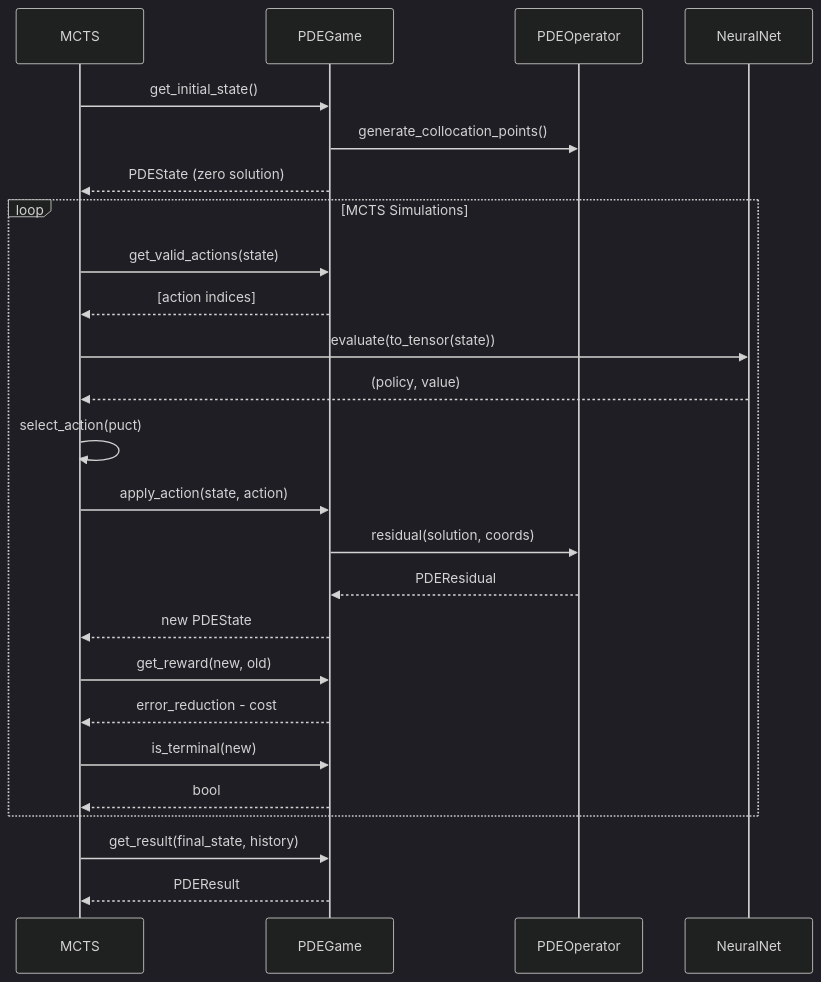
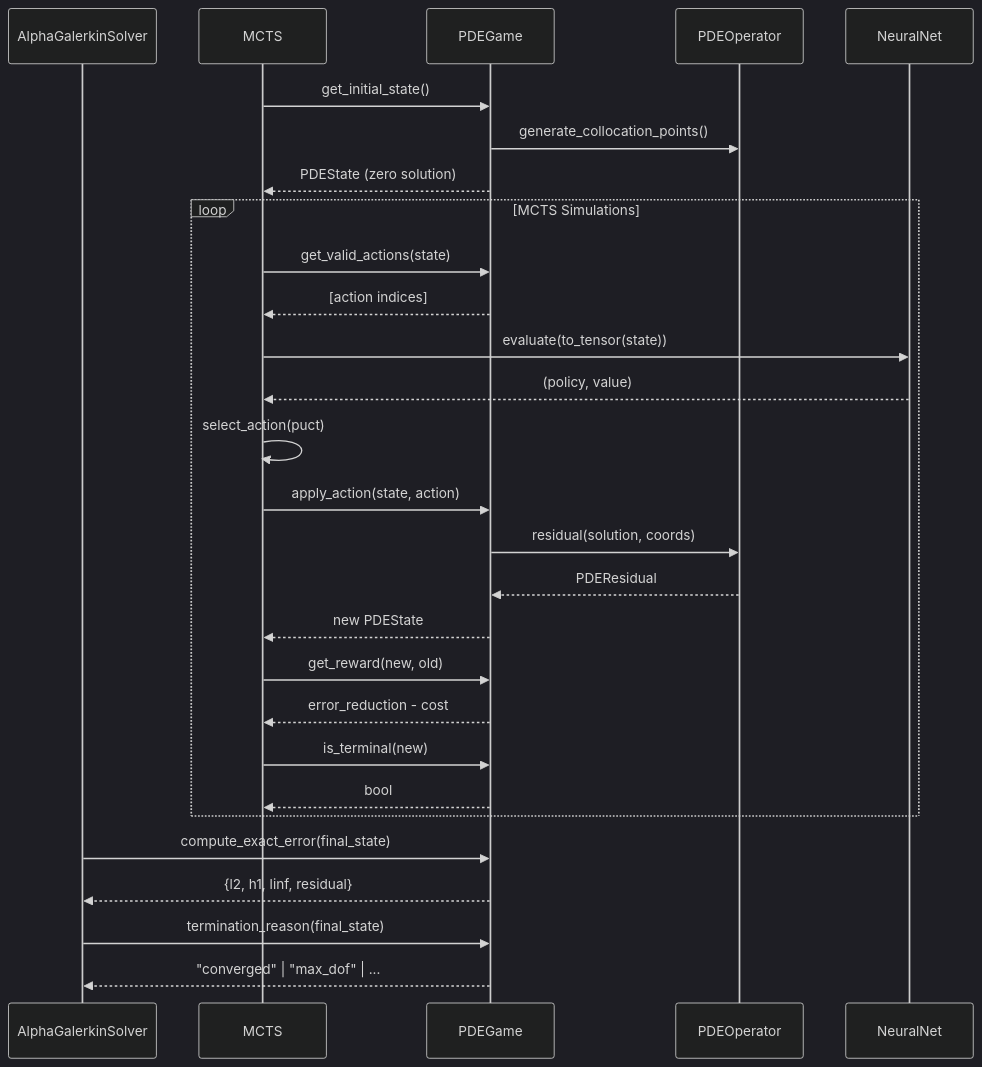
Before and after one commit to ianshank/AlphaGalerkin: the ninth of 11 diagrams in docs/architecture/pde_game_c4.md, drawn with Mermaid (dark theme). The commit also changed other lines of this file and 7 other files, not shown here.

````diff
--- a/docs/architecture/pde_game_c4.md
+++ b/docs/architecture/pde_game_c4.md
@@ -421,35 +419,38 @@
 ```mermaid
 sequenceDiagram
+    participant Solver as AlphaGalerkinSolver
     participant MCTS
     participant PDEGame
     participant PDEOperator
     participant NeuralNet
 
     MCTS->>PDEGame: get_initial_state()
     PDEGame->>PDEOperator: generate_collocation_points()
     PDEGame-->>MCTS: PDEState (zero solution)
 
     loop MCTS Simulations
         MCTS->>PDEGame: get_valid_actions(state)
         PDEGame-->>MCTS: [action indices]
 
         MCTS->>NeuralNet: evaluate(to_tensor(state))
         NeuralNet-->>MCTS: (policy, value)
 
         MCTS->>MCTS: select_action(puct)
 
         MCTS->>PDEGame: apply_action(state, action)
         PDEGame->>PDEOperator: residual(solution, coords)
         PDEOperator-->>PDEGame: PDEResidual
         PDEGame-->>MCTS: new PDEState
 
         MCTS->>PDEGame: get_reward(new, old)
         PDEGame-->>MCTS: error_reduction - cost
 
         MCTS->>PDEGame: is_terminal(new)
         PDEGame-->>MCTS: bool
     end
 
-    MCTS->>PDEGame: get_result(final_state, history)
-    PDEGame-->>MCTS: PDEResult
+    Solver->>PDEGame: compute_exact_error(final_state)
+    PDEGame-->>Solver: {l2, h1, linf, residual}
+    Solver->>PDEGame: termination_reason(final_state)
+    PDEGame-->>Solver: "converged" | "max_dof" | ...
 ```
````
